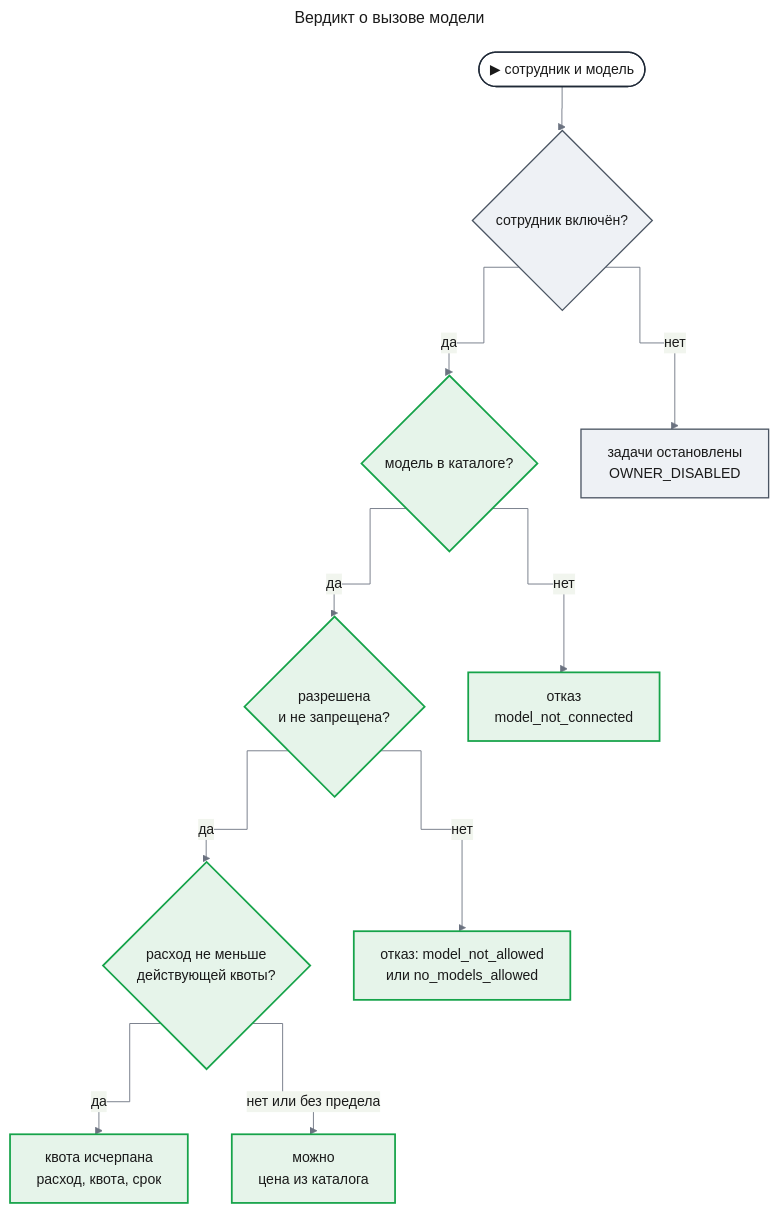
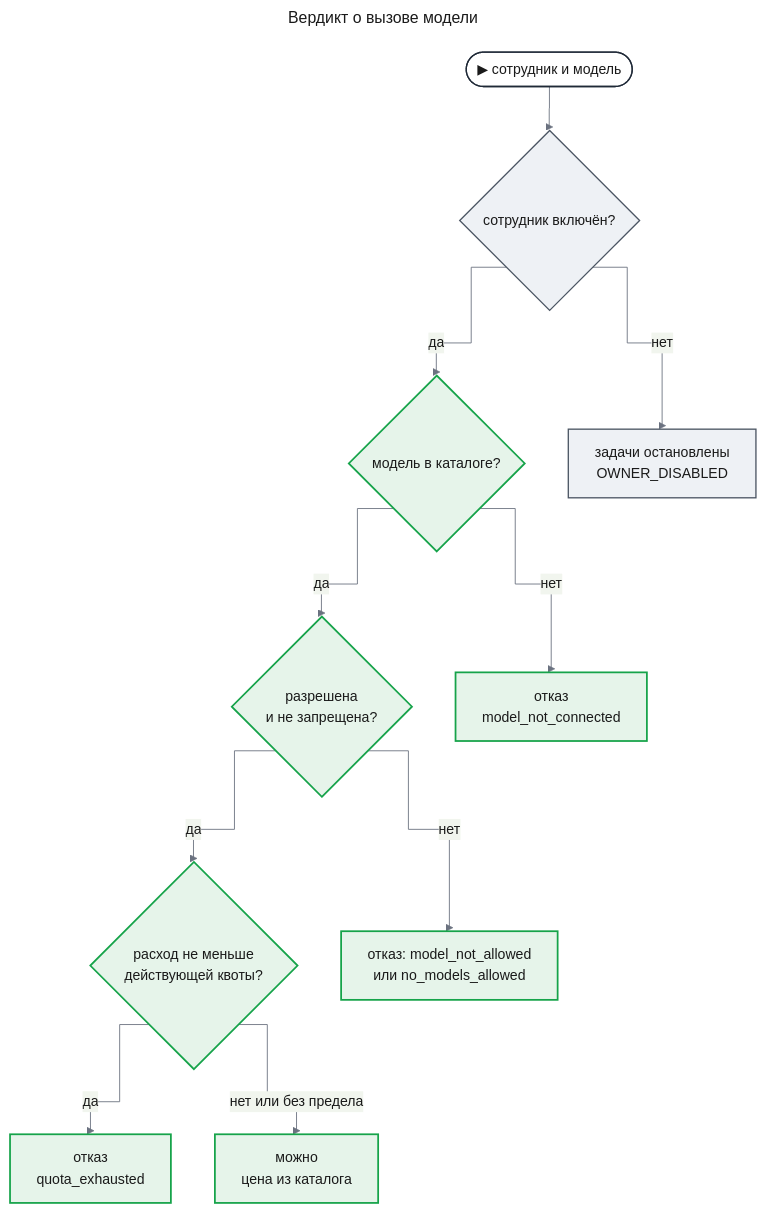
The third of 6 diagrams in docs/features/enterprise-access/design-access.md (tundraray/agent-os), drawn with Mermaid before and after one commit. The commit also changed other lines of this file and 2 other files, not shown here.

Commit message:
docs(enterprise-access): replace the quota pause with a per-agent check in the access design

````diff
--- a/docs/features/enterprise-access/design-access.md
+++ b/docs/features/enterprise-access/design-access.md
@@ -342,41 +324,41 @@
 ```mermaid
 ---
 title: "Вердикт о вызове модели"
 config:
   theme: base
   look: classic
   themeVariables:
     primaryColor: "#eef1f5"
     primaryBorderColor: "#4b5563"
     primaryTextColor: "#1a1a1a"
     lineColor: "#6b7280"
   flowchart:
     curve: step
 ---
 flowchart TD
     ask(["▶ сотрудник и модель"])
     active{"сотрудник включён?"}
     cat{"модель в каталоге?"}
     allow{"разрешена<br/>и не запрещена?"}
     quota{"расход не меньше<br/>действующей квоты?"}
     stop["задачи остановлены<br/>OWNER_DISABLED"]
     nc["отказ<br/>model_not_connected"]
     na["отказ: model_not_allowed<br/>или no_models_allowed"]
-    pause["квота исчерпана<br/>расход, квота, срок"]
+    qe["отказ<br/>quota_exhausted"]
     go["можно<br/>цена из каталога"]
     ask --> active
     active -->|"нет"| stop
     active -->|"да"| cat
     cat -->|"нет"| nc
     cat -->|"да"| allow
     allow -->|"нет"| na
     allow -->|"да"| quota
-    quota -->|"да"| pause
+    quota -->|"да"| qe
     quota -->|"нет или без предела"| go
     classDef entry fill:#ffffff,stroke:#1f2937,stroke-width:1.5px,color:#1a1a1a
     classDef new fill:#e6f4ea,stroke:#16a34a,stroke-width:2px,color:#1a1a1a
     classDef unchanged fill:#eef1f5,stroke:#4b5563,stroke-width:1.5px,color:#1a1a1a
     class ask entry
-    class cat,allow,quota,nc,na,pause,go new
+    class cat,allow,quota,nc,na,qe,go new
     class active,stop unchanged
 ```
````
